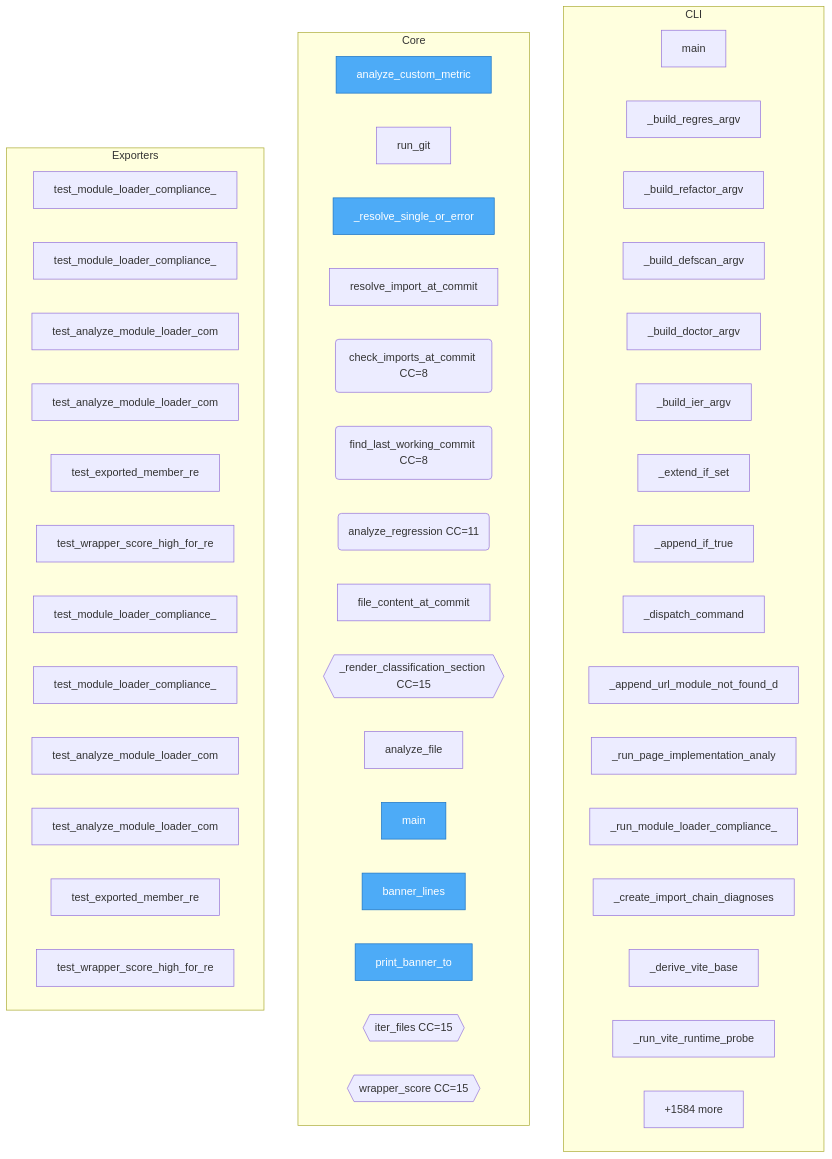
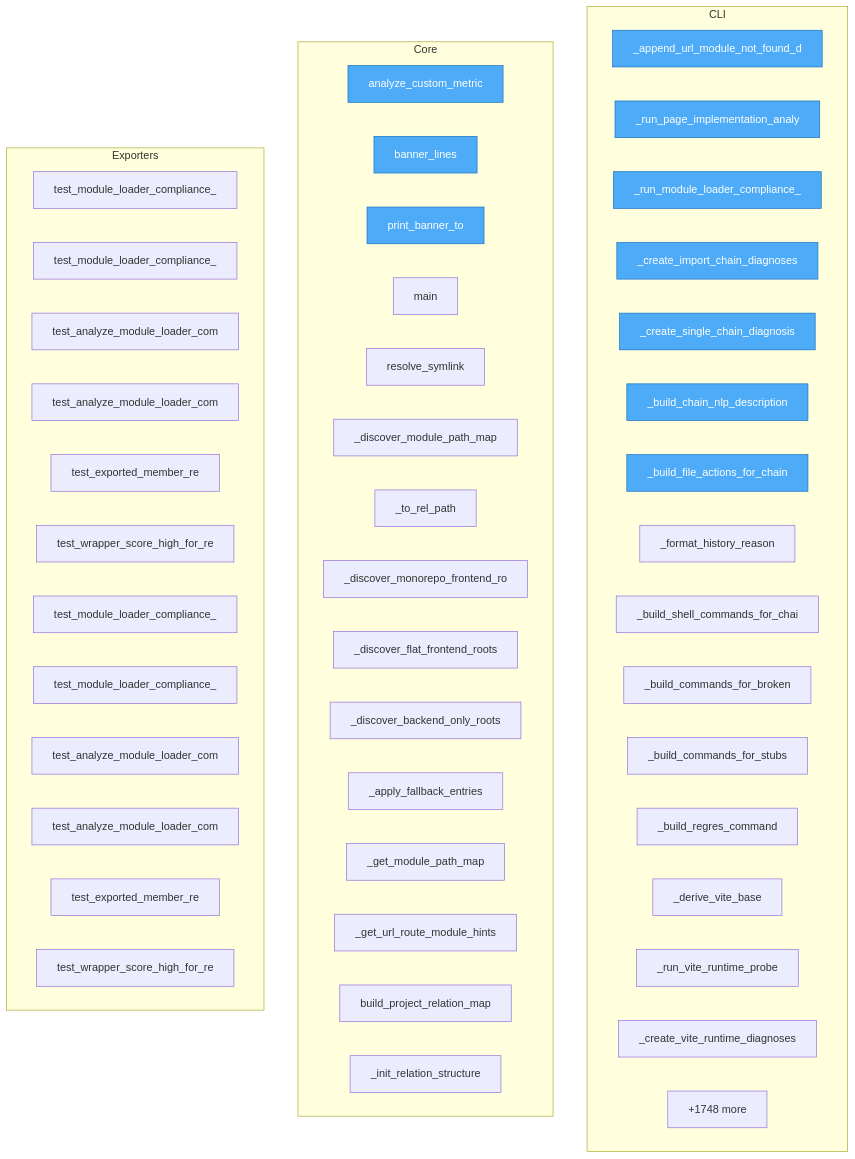
The diagram in project/flow.mmd (semcod/regres), drawn with Mermaid before and after one commit. The commit also changed 30 other files, not shown here.

```diff
--- a/project/flow.mmd
+++ b/project/flow.mmd
@@ -1,59 +1,59 @@
 flowchart TD
 
     %% Entry points (blue)
     classDef entry fill:#4dabf7,stroke:#1971c2,color:#fff
 
     subgraph CLI
-        regres__regres_cli__main["main"]
-        regres__regres_cli___build_regres_argv["_build_regres_argv"]
-        regres__regres_cli___build_refactor_argv["_build_refactor_argv"]
-        regres__regres_cli___build_defscan_argv["_build_defscan_argv"]
-        regres__regres_cli___build_doctor_argv["_build_doctor_argv"]
-        regres__regres_cli___build_ier_argv["_build_ier_argv"]
-        regres__regres_cli___extend_if_set["_extend_if_set"]
-        regres__regres_cli___append_if_true["_append_if_true"]
-        regres__regres_cli___dispatch_command["_dispatch_command"]
         regres__doctor_cli___append_url_module_not_found_diagnosis["_append_url_module_not_found_d"]
         regres__doctor_cli___run_page_implementation_analysis["_run_page_implementation_analy"]
         regres__doctor_cli___run_module_loader_compliance_check["_run_module_loader_compliance_"]
         regres__doctor_cli___create_import_chain_diagnoses["_create_import_chain_diagnoses"]
+        regres__doctor_cli___create_single_chain_diagnosis["_create_single_chain_diagnosis"]
+        regres__doctor_cli___build_chain_nlp_description["_build_chain_nlp_description"]
+        regres__doctor_cli___build_file_actions_for_chain["_build_file_actions_for_chain"]
+        regres__doctor_cli___format_history_reason["_format_history_reason"]
+        regres__doctor_cli___build_shell_commands_for_chain["_build_shell_commands_for_chai"]
+        regres__doctor_cli___build_commands_for_broken["_build_commands_for_broken"]
+        regres__doctor_cli___build_commands_for_stubs["_build_commands_for_stubs"]
+        regres__doctor_cli___build_regres_command["_build_regres_command"]
         regres__doctor_cli___derive_vite_base["_derive_vite_base"]
         regres__doctor_cli___run_vite_runtime_probe["_run_vite_runtime_probe"]
-        ...["+24 more"]
+        regres__doctor_cli___create_vite_runtime_diagnoses["_create_vite_runtime_diagnoses"]
+        ...["+47 more"]
     end
 
     subgraph Core
         docs__DOCTOR__analyze_custom_metric["analyze_custom_metric"]
-        regres__regres__run_git["run_git"]
-        regres__regres___resolve_single_or_error["_resolve_single_or_error"]
-        regres__regres__resolve_import_at_commit["resolve_import_at_commit"]
-        regres__regres__check_imports_at_commit("check_imports_at_commit CC=8")
-        regres__regres__find_last_working_commit("find_last_working_commit CC=8")
-        regres__regres__analyze_regression("analyze_regression CC=11")
-        regres__regres__file_content_at_commit["file_content_at_commit"]
-        regres__regres___render_classification_section{{_render_classification_section CC=15}}
-        regres__regres__analyze_file["analyze_file"]
-        regres__regres__main["main"]
         regres__doctor_config__DoctorConfig__banner_lines["banner_lines"]
         regres__doctor_config__DoctorConfig__print_banner_to["print_banner_to"]
-        regres__refactor__iter_files{{iter_files CC=15}}
-        regres__refactor__wrapper_score{{wrapper_score CC=15}}
-        ...["+1584 more"]
+        regres__import_error_toon_report__main["main"]
+        regres__doctor_orchestrator__DoctorOrchestrator__resolve_symlink["resolve_symlink"]
+        regres__doctor_orchestrator__DoctorOrchestrator___discover_module_path_map["_discover_module_path_map"]
+        regres__doctor_orchestrator__DoctorOrchestrator___to_rel_path["_to_rel_path"]
+        regres__doctor_orchestrator__DoctorOrchestrator___discover_monorepo_frontend_roots["_discover_monorepo_frontend_ro"]
+        regres__doctor_orchestrator__DoctorOrchestrator___discover_flat_frontend_roots["_discover_flat_frontend_roots"]
+        regres__doctor_orchestrator__DoctorOrchestrator___discover_backend_only_roots["_discover_backend_only_roots"]
+        regres__doctor_orchestrator__DoctorOrchestrator___apply_fallback_entries["_apply_fallback_entries"]
+        regres__doctor_orchestrator__DoctorOrchestrator___get_module_path_map["_get_module_path_map"]
+        regres__doctor_orchestrator__DoctorOrchestrator___get_url_route_module_hints["_get_url_route_module_hints"]
+        regres__doctor_orchestrator__DoctorOrchestrator__build_project_relation_map["build_project_relation_map"]
+        regres__doctor_orchestrator__DoctorOrchestrator___init_relation_structure["_init_relation_structure"]
+        ...["+1748 more"]
     end
 
     subgraph Exporters
         project__map__toon__test_module_loader_compliance_passes_with_default_export["test_module_loader_compliance_"]
         project__map__toon__test_module_loader_compliance_flags_view_only_export["test_module_loader_compliance_"]
         project__map__toon__test_analyze_module_loader_compliance_has_default_export["test_analyze_module_loader_com"]
         project__map__toon__test_analyze_module_loader_compliance_no_module_export["test_analyze_module_loader_com"]
         project__map__toon__test_exported_member_re["test_exported_member_re"]
         project__map__toon__test_wrapper_score_high_for_reexport["test_wrapper_score_high_for_re"]
         SUMD__test_module_loader_compliance_passes_with_default_export["test_module_loader_compliance_"]
         SUMD__test_module_loader_compliance_flags_view_only_export["test_module_loader_compliance_"]
         SUMD__test_analyze_module_loader_compliance_has_default_export["test_analyze_module_loader_com"]
         SUMD__test_analyze_module_loader_compliance_no_module_export["test_analyze_module_loader_com"]
         SUMD__test_exported_member_re["test_exported_member_re"]
         SUMD__test_wrapper_score_high_for_reexport["test_wrapper_score_high_for_re"]
     end
 
-    class docs__DOCTOR__analyze_custom_metric,regres__regres___resolve_single_or_error,regres__regres__main,regres__doctor_config__DoctorConfig__banner_lines,regres__doctor_config__DoctorConfig__print_banner_to,regres__refactor__cmd_find,regres__refactor__cmd_duplicates,regres__refactor__cmd_similar,regres__refactor__cmd_symbols,regres__refactor__cmd_wrappers entry
+    class docs__DOCTOR__analyze_custom_metric,regres__doctor_config__DoctorConfig__banner_lines,regres__doctor_config__DoctorConfig__print_banner_to,regres__doctor_cli___append_url_module_not_found_diagnosis,regres__doctor_cli___run_page_implementation_analysis,regres__doctor_cli___run_module_loader_compliance_check,regres__doctor_cli___create_import_chain_diagnoses,regres__doctor_cli___create_single_chain_diagnosis,regres__doctor_cli___build_chain_nlp_description,regres__doctor_cli___build_file_actions_for_chain entry
```
